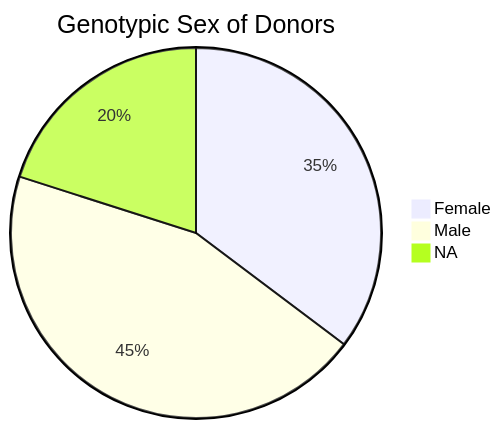
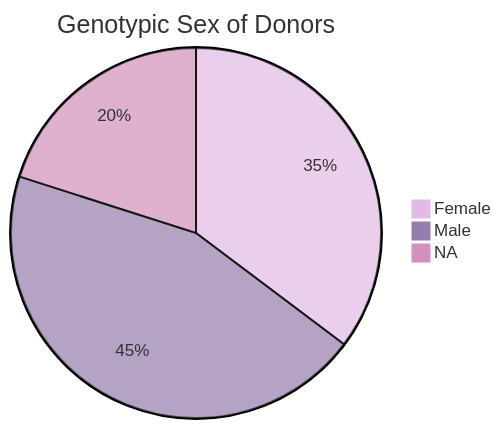
One commit to progenetix/cancercelllines-web changed the diagram in docs/index.md. Above: the diagram before and after it, drawn with Mermaid.

````diff
--- a/docs/index.md
+++ b/docs/index.md
@@ -16,9 +16,9 @@
 ```mermaid
-%%{init: {'pieDiagramVariables':{'pie1':'#E0BBE4','pie2':'#957DAD','pie3':'#D291BC'}}}%%
+%%{init: {'theme': 'base', 'themeVariables': {'pie1':'#E0BBE4','pie2':'#957DAD','pie3':'#D291BC'}}}%%
 pie title Genotypic Sex of Donors
   "Female" : 1486
   "Male" : 1882
   "NA" : 846
 
 
 ```
````
